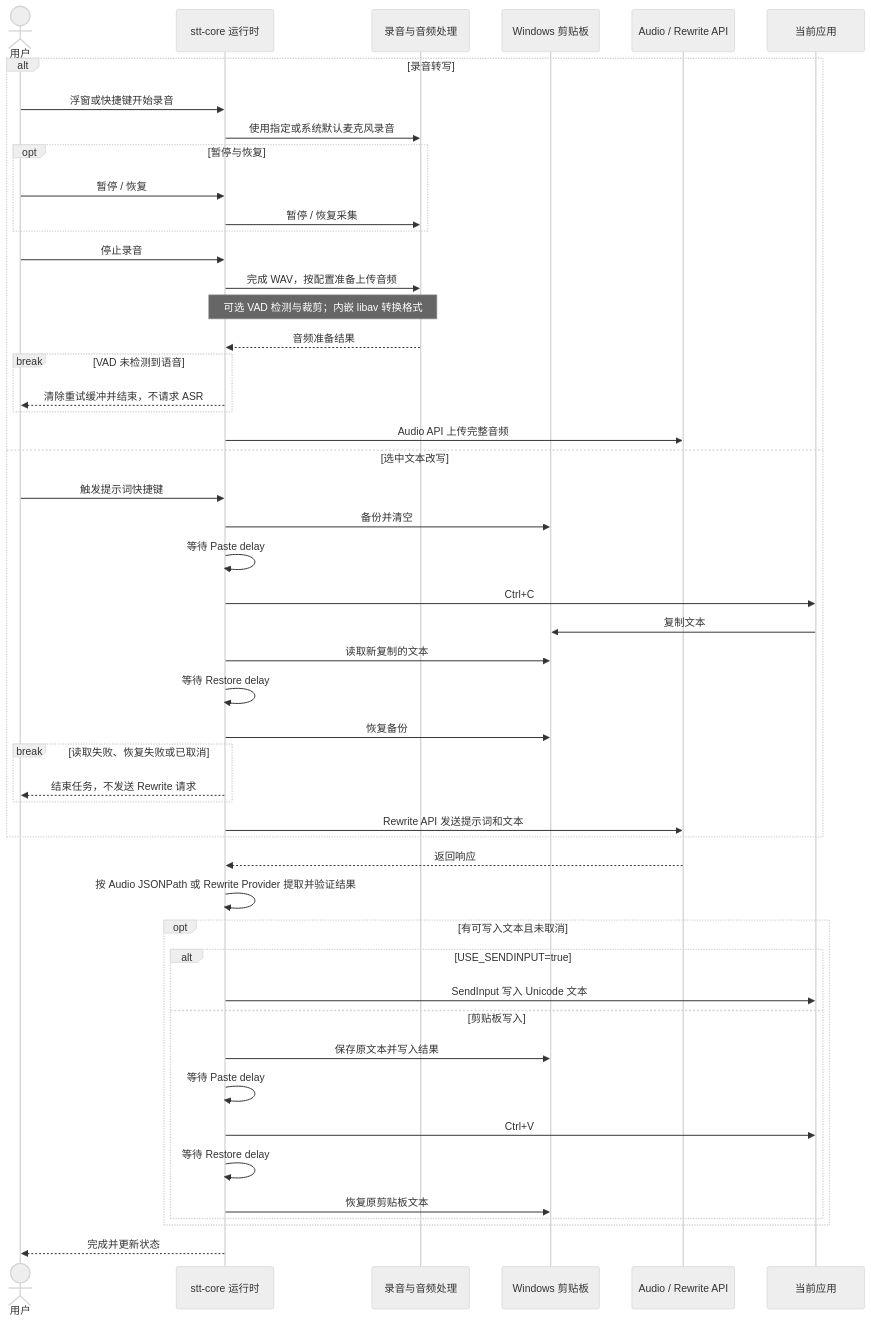
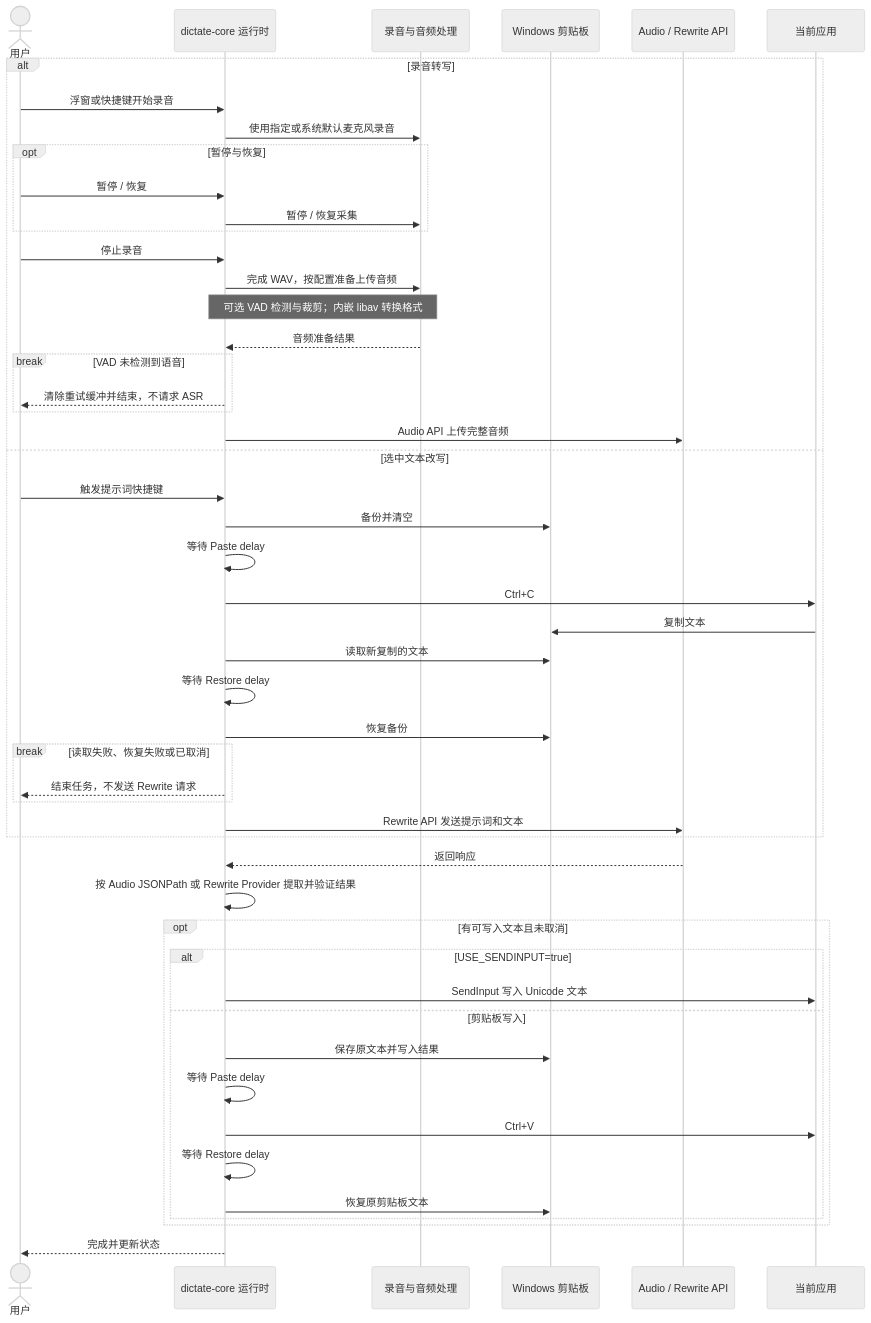
Before and after one commit to Joey-Kot/Dictate-for-Windows: the second of 3 diagrams in README_ZH.md, drawn with Mermaid (neutral theme). The commit also changed other lines of this file and 97 other files, not shown here.

````diff
--- a/README_ZH.md
+++ b/README_ZH.md
@@ -81,54 +81,54 @@
 ```mermaid
 sequenceDiagram
     actor User as 用户
-    participant Core as stt-core 运行时
+    participant Core as dictate-core 运行时
     participant Audio as 录音与音频处理
     participant Clipboard as Windows 剪贴板
     participant API as Audio / Rewrite API
     participant App as 当前应用
 
     alt 录音转写
         User->>Core: 浮窗或快捷键开始录音
         Core->>Audio: 使用指定或系统默认麦克风录音
         opt 暂停与恢复
             User->>Core: 暂停 / 恢复
             Core->>Audio: 暂停 / 恢复采集
         end
         User->>Core: 停止录音
         Core->>Audio: 完成 WAV，按配置准备上传音频
         Note over Core,Audio: 可选 VAD 检测与裁剪；内嵌 libav 转换格式
         Audio-->>Core: 音频准备结果
         break VAD 未检测到语音
             Core-->>User: 清除重试缓冲并结束，不请求 ASR
         end
         Core->>API: Audio API 上传完整音频
     else 选中文本改写
         User->>Core: 触发提示词快捷键
         Core->>Clipboard: 备份并清空
         Core->>Core: 等待 Paste delay
         Core->>App: Ctrl+C
         App->>Clipboard: 复制文本
         Core->>Clipboard: 读取新复制的文本
         Core->>Core: 等待 Restore delay
         Core->>Clipboard: 恢复备份
         break 读取失败、恢复失败或已取消
             Core-->>User: 结束任务，不发送 Rewrite 请求
         end
         Core->>API: Rewrite API 发送提示词和文本
     end
 
     API-->>Core: 返回响应
     Core->>Core: 按 Audio JSONPath 或 Rewrite Provider 提取并验证结果
     opt 有可写入文本且未取消
         alt USE_SENDINPUT=true
             Core->>App: SendInput 写入 Unicode 文本
         else 剪贴板写入
             Core->>Clipboard: 保存原文本并写入结果
             Core->>Core: 等待 Paste delay
             Core->>App: Ctrl+V
             Core->>Core: 等待 Restore delay
             Core->>Clipboard: 恢复原剪贴板文本
         end
     end
     Core-->>User: 完成并更新状态
 ```
````
